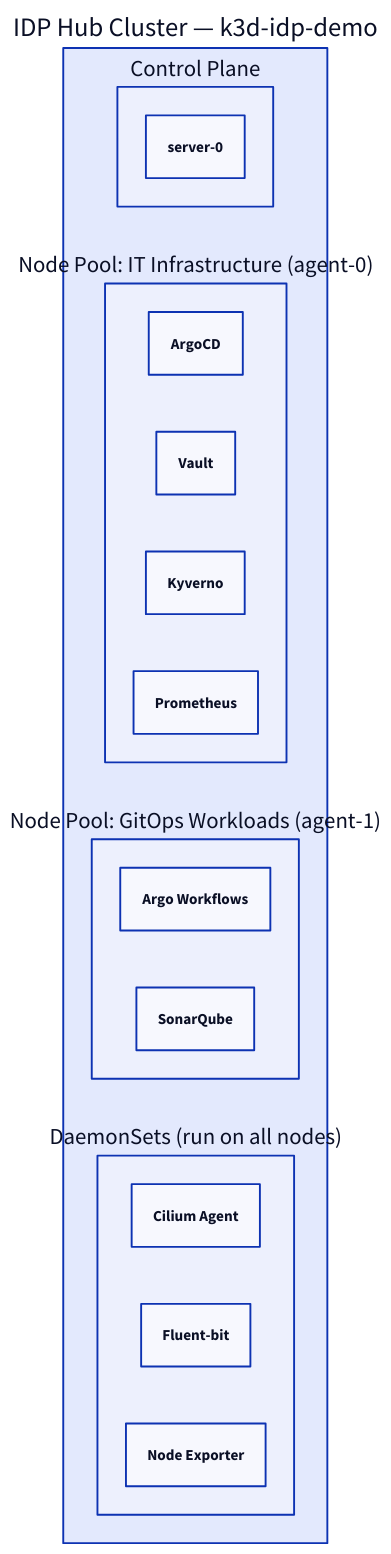
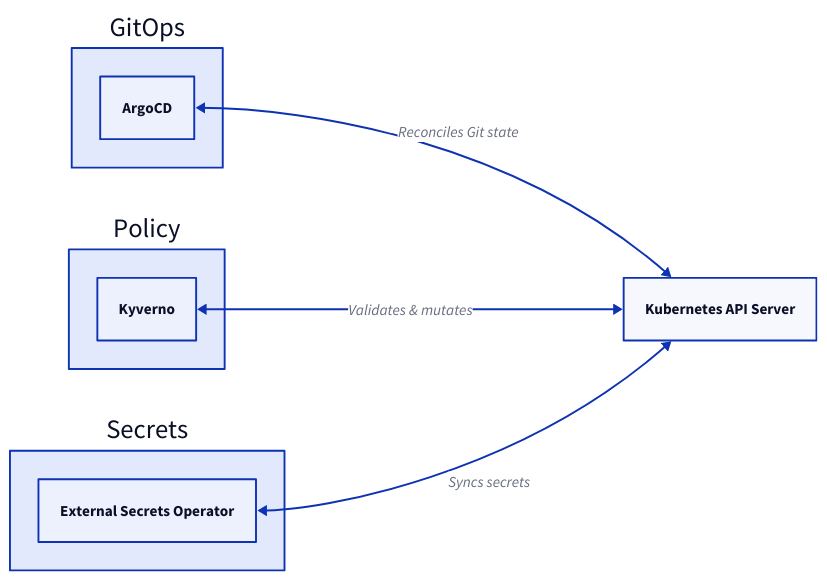
Before and after one commit to rou-cru/idp-blueprint: the first of 5 diagrams in Docs/architecture/visual.md, drawn with D2. The commit also changed other lines of this file and 78 other files, not shown here.

Commit message:
docs: restructure architecture and operations

````diff
--- a/Docs/architecture/visual.md
+++ b/Docs/architecture/visual.md
@@ -144,33 +15,18 @@
 ```d2
 direction: right
 
-Cluster: {
-  label: "IDP Hub Cluster — k3d-idp-demo"
+K8s: "Kubernetes API Server"
+GitOps: {
+  Argo: ArgoCD
+}
+Policy: {
+  Kyverno
+}
+Secrets: {
+  ESO: "External Secrets Operator"
+}
 
-  ControlPlane: {
-    label: "Control Plane"
-    node: "server-0"
-  }
-
-  InfraPool: {
-    label: "Node Pool: IT Infrastructure (agent-0)"
-    ArgoCD
-    Vault
-    Kyverno
-    Prometheus
-  }
-
-  WorkloadPool: {
-    label: "Node Pool: GitOps Workloads (agent-1)"
-    ArgoWorkflows: "Argo Workflows"
-    SonarQube
-  }
-
-  DaemonSets: {
-    label: "DaemonSets (run on all nodes)"
-    Cilium: "Cilium Agent"
-    FluentBit: "Fluent-bit"
-    NodeExporter: "Node Exporter"
-  }
-}
+GitOps.Argo <-> K8s: "Reconciles Git state"
+Policy.Kyverno <-> K8s: "Validates & mutates"
+Secrets.ESO <-> K8s: "Syncs secrets"
 ```
````
